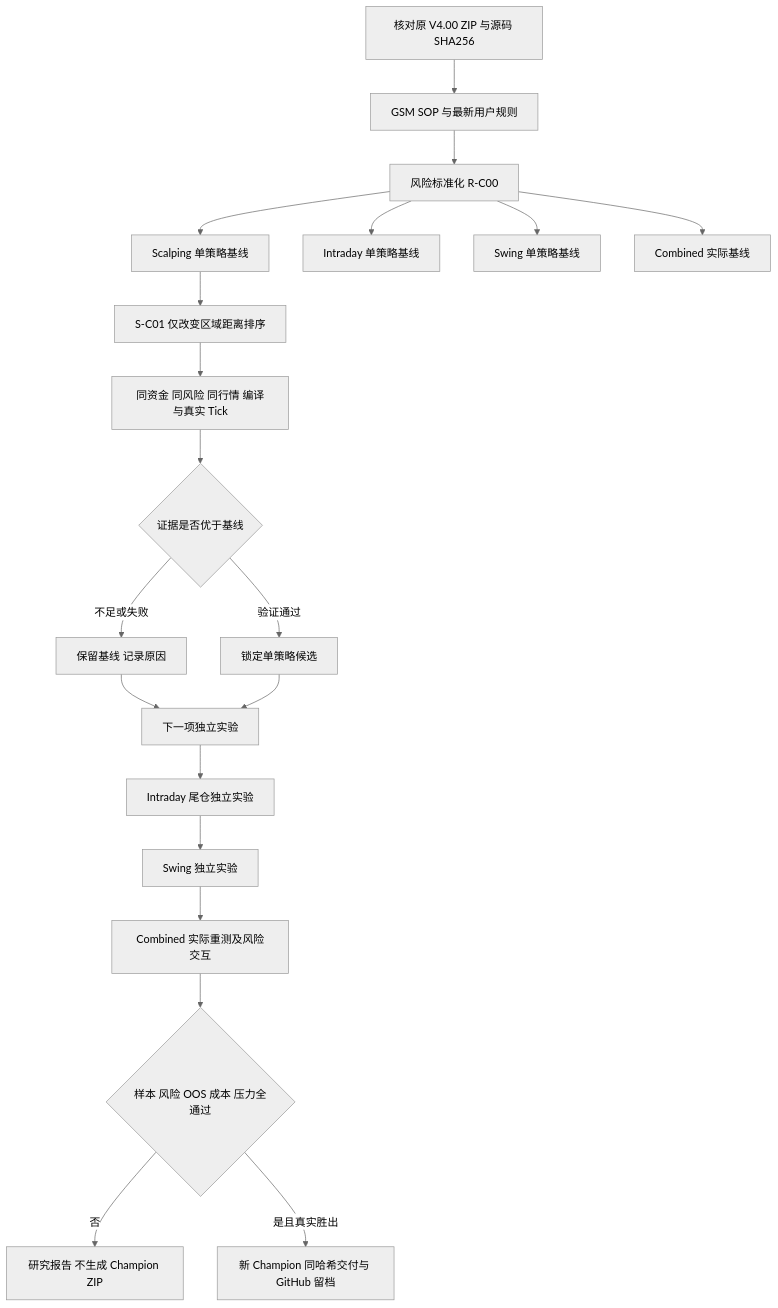
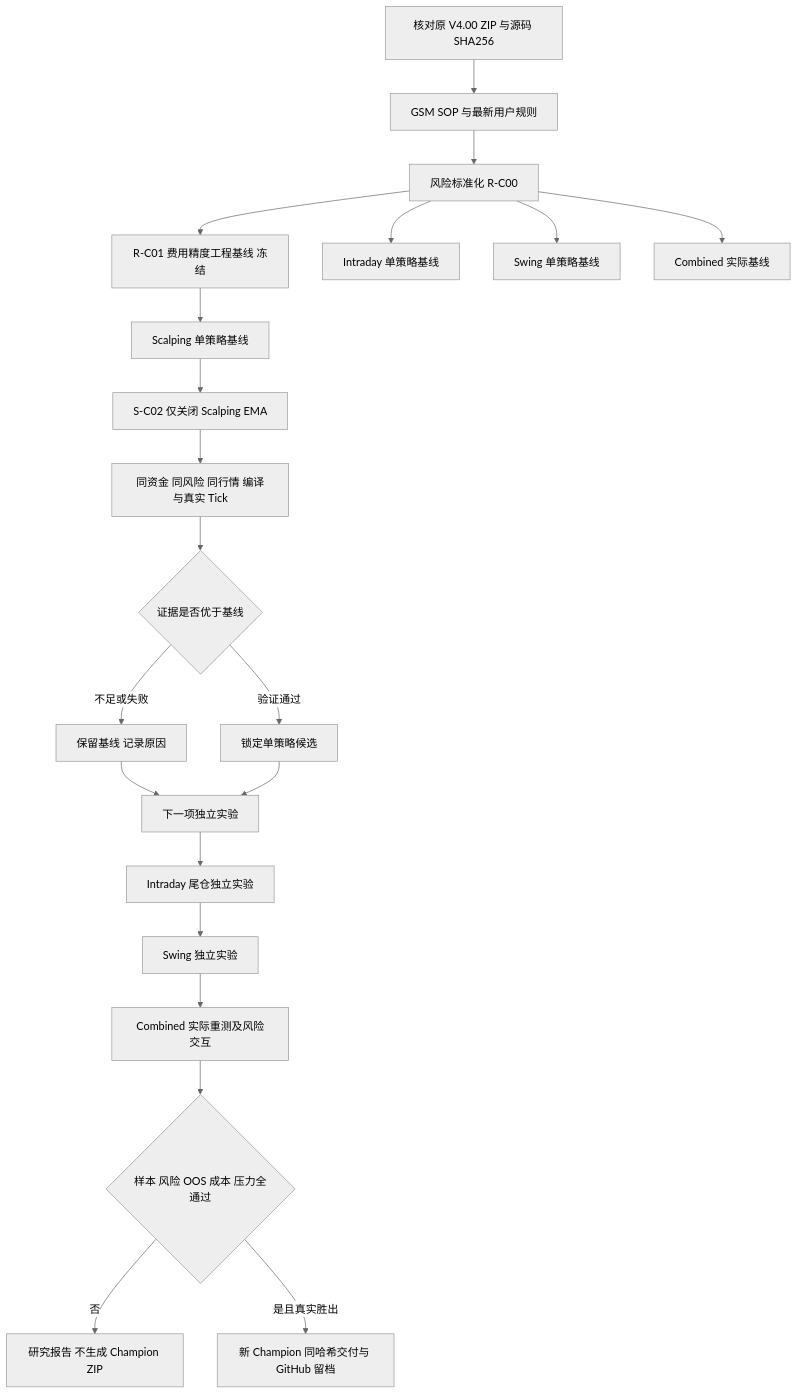
The first of 2 diagrams in research/FXPRO_PROGRAM_FLOW_CN.md (chanteck123-ux/TX-AI---EA-GOLD-Trading), drawn with Mermaid (neutral theme) before and after one commit. The commit also changed other lines of this file and 23 other files, not shown here.

````diff
--- a/research/FXPRO_PROGRAM_FLOW_CN.md
+++ b/research/FXPRO_PROGRAM_FLOW_CN.md
@@ -5,22 +5,23 @@
 ```mermaid
 flowchart TD
     A[核对原 V4.00 ZIP 与源码 SHA256] --> B[GSM SOP 与最新用户规则]
     B --> C[风险标准化 R-C00]
-    C --> D[Scalping 单策略基线]
+    C --> C1[R-C01 费用精度工程基线 冻结]
+    C1 --> D[Scalping 单策略基线]
     C --> E[Intraday 单策略基线]
     C --> F[Swing 单策略基线]
     C --> G[Combined 实际基线]
-    D --> H[S-C01 仅改变区域距离排序]
+    D --> H[S-C02 仅关闭 Scalping EMA]
     H --> I[同资金 同风险 同行情 编译与真实 Tick]
     I --> J{证据是否优于基线}
     J -->|不足或失败| K[保留基线 记录原因]
     J -->|验证通过| L[锁定单策略候选]
     K --> M[下一项独立实验]
     L --> M
     M --> N[Intraday 尾仓独立实验]
     N --> O[Swing 独立实验]
     O --> P[Combined 实际重测及风险交互]
     P --> Q{样本 风险 OOS 成本 压力全通过}
     Q -->|否| R[研究报告 不生成 Champion ZIP]
     Q -->|是且真实胜出| S[新 Champion 同哈希交付与 GitHub 留档]
 ```
````
